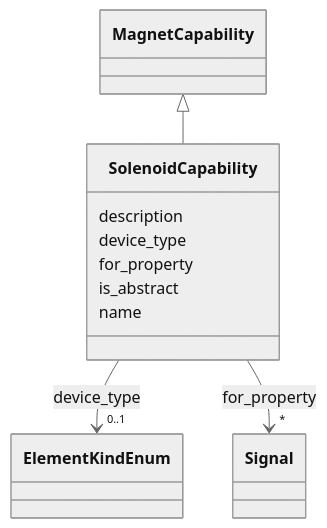
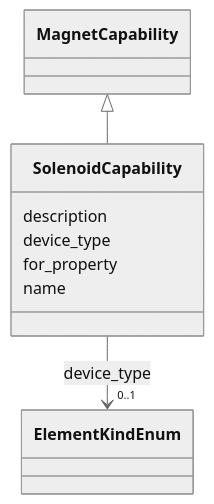
The diagram in docs_narad/SolenoidCapability.md (pals-project/pals-facility-config), drawn with Mermaid (neutral theme) before and after one commit. The commit also changed other lines of this file and 126 other files, not shown here.

````diff
--- a/docs_narad/SolenoidCapability.md
+++ b/docs_narad/SolenoidCapability.md
@@ -18,37 +18,26 @@
 ```mermaid
  classDiagram
     class SolenoidCapability
     click SolenoidCapability href "../SolenoidCapability/"
       MagnetCapability <|-- SolenoidCapability
         click MagnetCapability href "../MagnetCapability/"
       
       SolenoidCapability : description
         
       SolenoidCapability : device_type
         
           
     
         
         
         SolenoidCapability --> "0..1" ElementKindEnum : device_type
         click ElementKindEnum href "../ElementKindEnum/"
     
 
         
       SolenoidCapability : for_property
         
-          
-    
-        
-        
-        SolenoidCapability --> "*" Signal : for_property
-        click Signal href "../Signal/"
-    
-
-        
-      SolenoidCapability : is_abstract
-        
       SolenoidCapability : name
         
       
 ```
````
